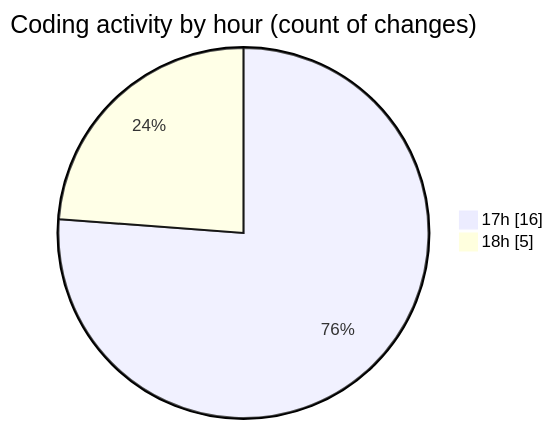
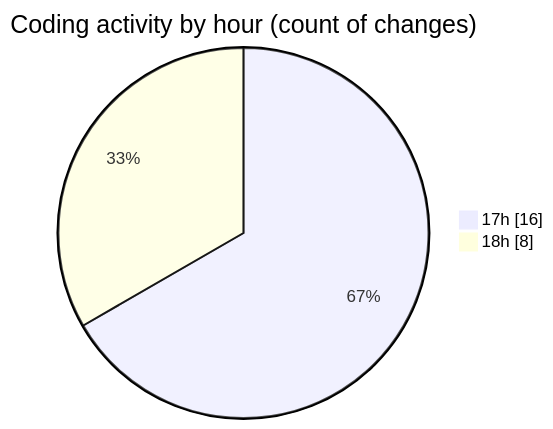
The second of 2 diagrams in 2025-06-28/navtech/README.md (JenPaints/code-tracking), drawn with Mermaid before and after one commit. The commit also changed other lines of this file and 1 other file, not shown here.

````diff
--- a/2025-06-28/navtech/README.md
+++ b/2025-06-28/navtech/README.md
@@ -39,6 +39,6 @@
 ```mermaid
 pie showData
 title Coding activity by hour (count of changes)
 "17h" : 16
-"18h" : 5
+"18h" : 8
 ```
````
